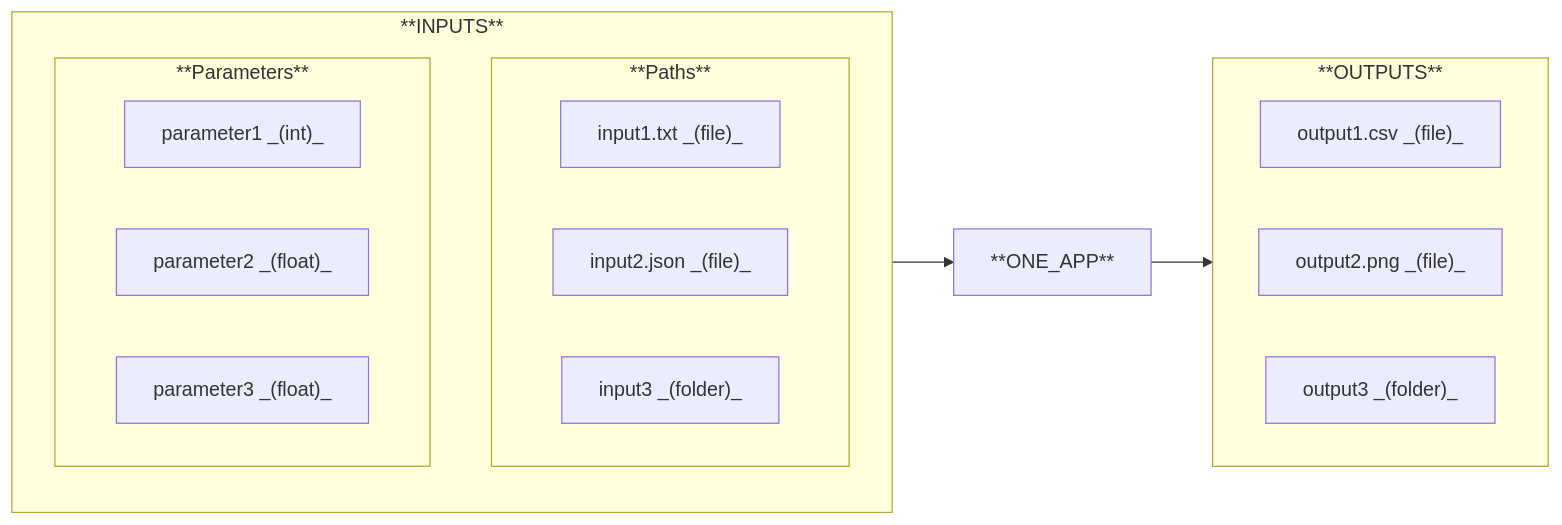
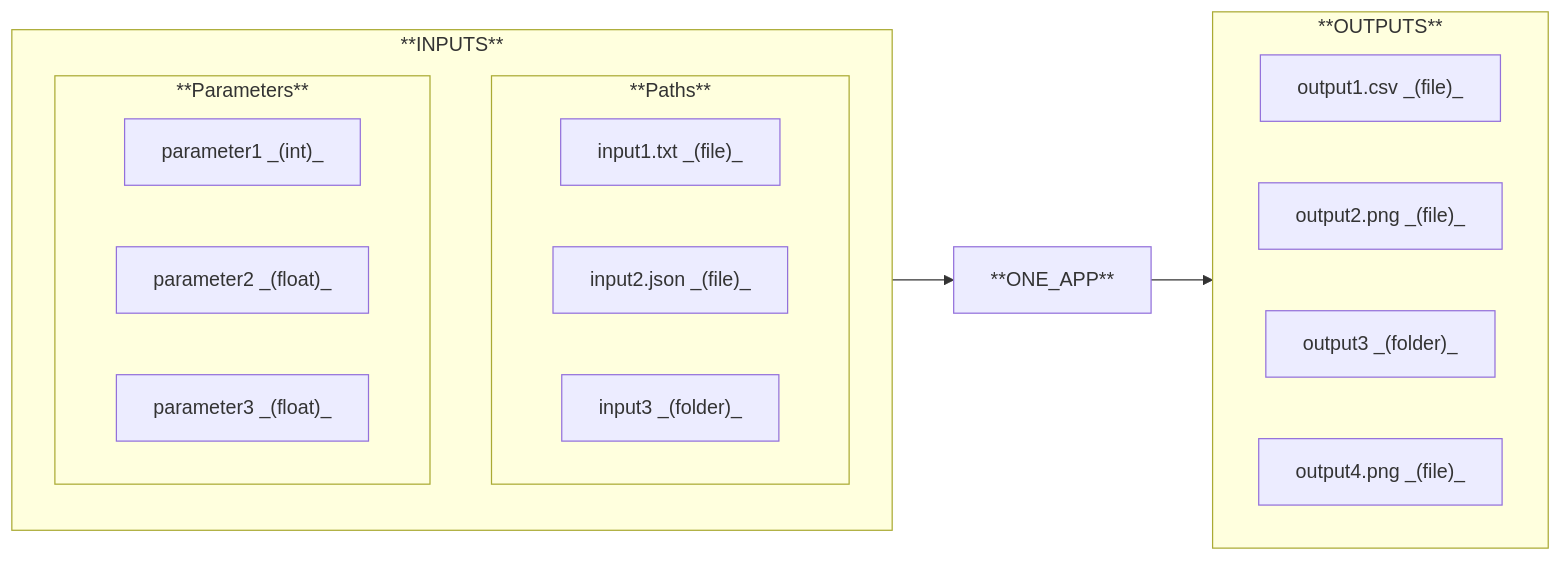
Before and after one commit to nuremics/nuremics-labs: the fifth of 5 diagrams in src/apps/ONE_APP/README.md, drawn with Mermaid. The commit also changed other lines of this file, not shown here.

````diff
--- a/src/apps/ONE_APP/README.md
+++ b/src/apps/ONE_APP/README.md
@@ -90,30 +95,31 @@
 ```mermaid
 flowchart LR
   subgraph **INPUTS**
     direction TB
 
     subgraph **Paths**
       direction LR
       path1["input1.txt _(file)_"]
       path2["input2.json _(file)_"]
       path3["input3 _(folder)_"]
     end
 
     subgraph **Parameters**
       direction LR
       param1["parameter1 _(int)_"]
       param2["parameter2 _(float)_"]
       param3["parameter3 _(float)_"]
     end
   end
 
   subgraph **OUTPUTS**
     direction RL
     out1["output1.csv _(file)_"]
     out2["output2.png _(file)_"]
     out3["output3 _(folder)_"]
+    out4["output4.png _(file)_"]
   end
 
   **INPUTS** --> ONE_APP["**ONE_APP**"]
   ONE_APP --> **OUTPUTS**
 ```
````
